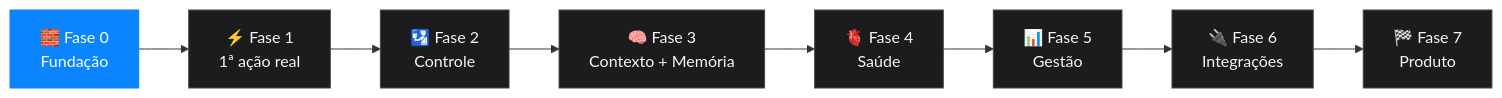
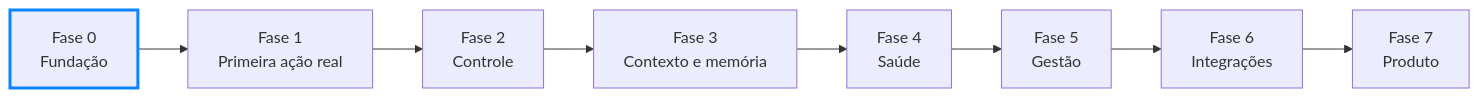
One commit to Apoloundifinied/Oxty-control-agent changed the fifth of 5 diagrams in README.md. Above: the diagram before and after it, drawn with Mermaid. The commit also changed other lines of this file, not shown here.

````diff
--- a/README.md
+++ b/README.md
@@ -278,13 +252,12 @@
 ```mermaid
 flowchart LR
-    F0["🧱 Fase 0<br/>Fundação"]:::now --> F1["⚡ Fase 1<br/>1ª ação real"]
-    F1 --> F2["🛂 Fase 2<br/>Controle"]
-    F2 --> F3["🧠 Fase 3<br/>Contexto + Memória"]
-    F3 --> F4["🫀 Fase 4<br/>Saúde"]
-    F4 --> F5["📊 Fase 5<br/>Gestão"]
-    F5 --> F6["🔌 Fase 6<br/>Integrações"]
-    F6 --> F7["🏁 Fase 7<br/>Produto"]
+    F0["Fase 0<br/>Fundação"]:::atual --> F1["Fase 1<br/>Primeira ação real"]
+    F1 --> F2["Fase 2<br/>Controle"]
+    F2 --> F3["Fase 3<br/>Contexto e memória"]
+    F3 --> F4["Fase 4<br/>Saúde"]
+    F4 --> F5["Fase 5<br/>Gestão"]
+    F5 --> F6["Fase 6<br/>Integrações"]
+    F6 --> F7["Fase 7<br/>Produto"]
 
-    classDef now fill:#0a84ff,stroke:#0a84ff,color:#fff
-    classDef default fill:#1c1c1e,stroke:#48484a,color:#f5f5f7
+    classDef atual stroke:#0a84ff,stroke-width:3px
 ```
````
